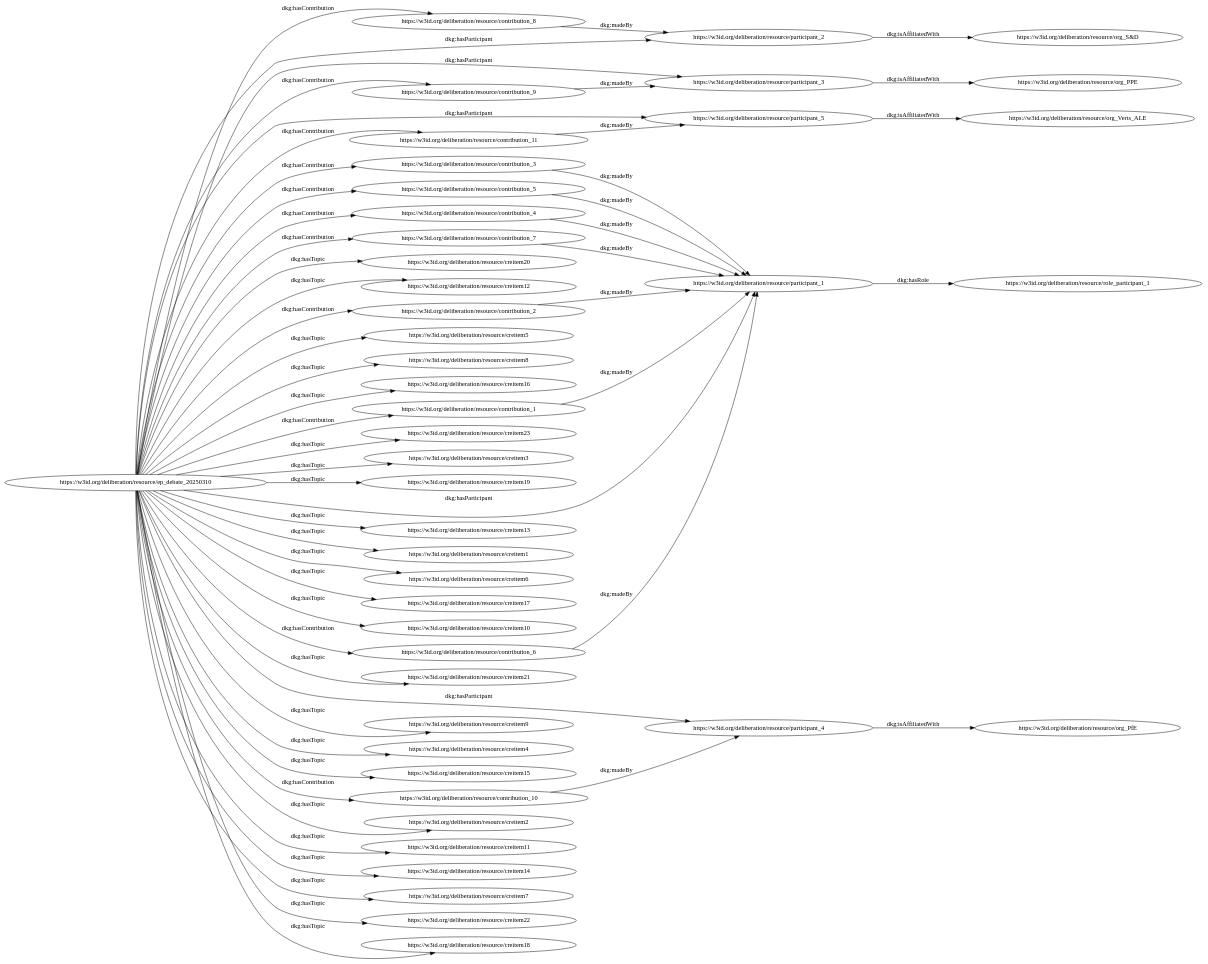
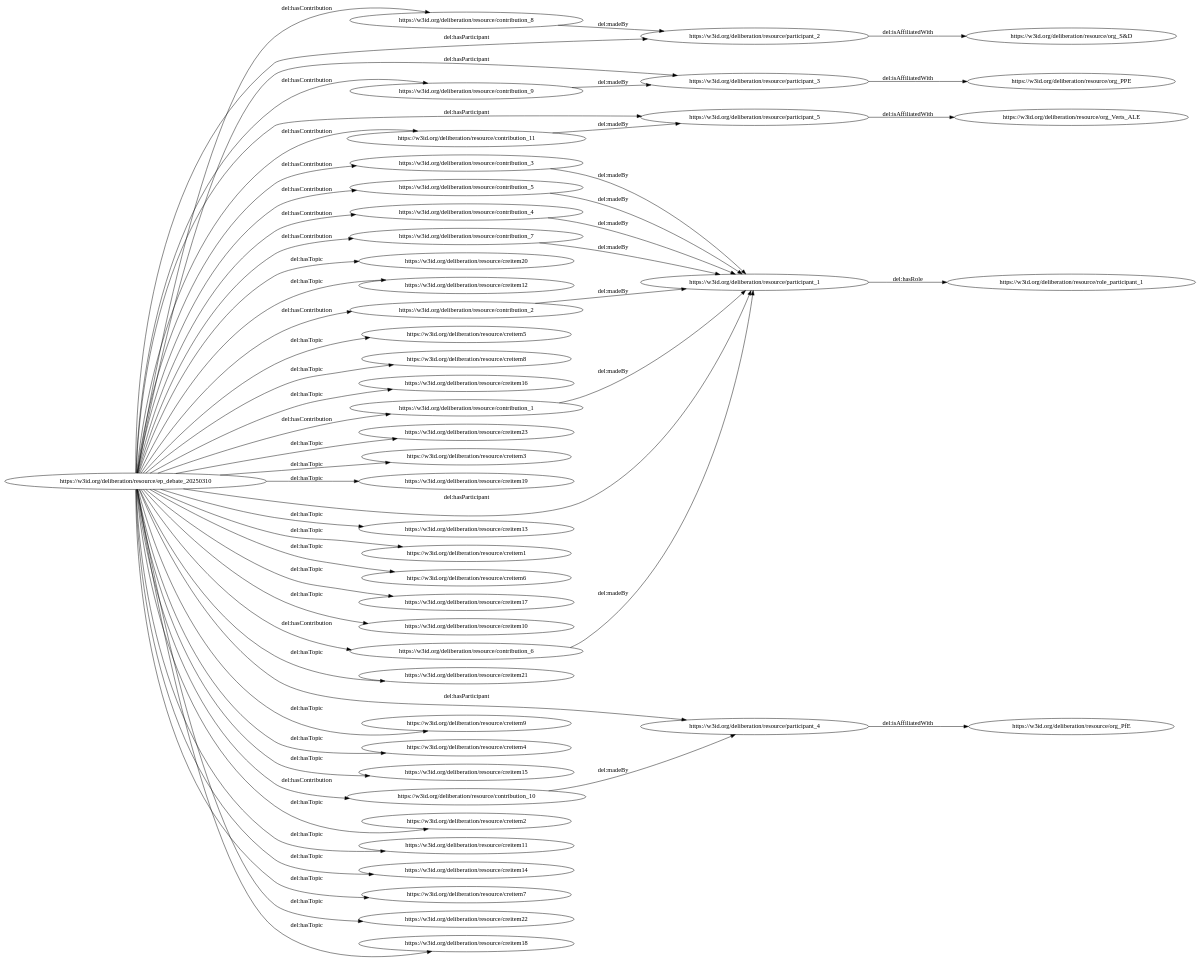
The diagram in OnToology/data/EU_parliament_debates/ep_debates/debate_sample_2025-03-10.rdf/diagrams/ar2dtool-class/debate_sample_2025-03-10.rdf.png.dot (Stocastico96/Deliberation-Knowledge-Graph), drawn with Graphviz before and after one commit. The commit also changed 22 other files, not shown here.

Commit message:
DKG -> DEL

```diff
--- a/OnToology/data/EU_parliament_debates/ep_debates/debate_sample_2025-03-10.rdf/diagrams/ar2dtool-class/debate_sample_2025-03-10.rdf.png.dot
+++ b/OnToology/data/EU_parliament_debates/ep_debates/debate_sample_2025-03-10.rdf/diagrams/ar2dtool-class/debate_sample_2025-03-10.rdf.png.dot
@@ -1,60 +1,60 @@
 digraph ar2dtool_diagram { 
 rankdir=LR;
 size="1501"
-	"https://w3id.org/deliberation/resource/contribution_8" -> "https://w3id.org/deliberation/resource/participant_2" [ label = "dkg:madeBy" ];
-	"https://w3id.org/deliberation/resource/participant_3" -> "https://w3id.org/deliberation/resource/org_PPE" [ label = "dkg:isAffiliatedWith" ];
-	"https://w3id.org/deliberation/resource/contribution_1" -> "https://w3id.org/deliberation/resource/participant_1" [ label = "dkg:madeBy" ];
-	"https://w3id.org/deliberation/resource/contribution_6" -> "https://w3id.org/deliberation/resource/participant_1" [ label = "dkg:madeBy" ];
-	"https://w3id.org/deliberation/resource/contribution_11" -> "https://w3id.org/deliberation/resource/participant_5" [ label = "dkg:madeBy" ];
-	"https://w3id.org/deliberation/resource/participant_1" -> "https://w3id.org/deliberation/resource/role_participant_1" [ label = "dkg:hasRole" ];
-	"https://w3id.org/deliberation/resource/contribution_4" -> "https://w3id.org/deliberation/resource/participant_1" [ label = "dkg:madeBy" ];
-	"https://w3id.org/deliberation/resource/contribution_9" -> "https://w3id.org/deliberation/resource/participant_3" [ label = "dkg:madeBy" ];
-	"https://w3id.org/deliberation/resource/ep_debate_20250310" -> "https://w3id.org/deliberation/resource/creitem20" [ label = "dkg:hasTopic" ];
-	"https://w3id.org/deliberation/resource/ep_debate_20250310" -> "https://w3id.org/deliberation/resource/creitem12" [ label = "dkg:hasTopic" ];
-	"https://w3id.org/deliberation/resource/ep_debate_20250310" -> "https://w3id.org/deliberation/resource/contribution_2" [ label = "dkg:hasContribution" ];
-	"https://w3id.org/deliberation/resource/ep_debate_20250310" -> "https://w3id.org/deliberation/resource/creitem5" [ label = "dkg:hasTopic" ];
-	"https://w3id.org/deliberation/resource/ep_debate_20250310" -> "https://w3id.org/deliberation/resource/creitem8" [ label = "dkg:hasTopic" ];
-	"https://w3id.org/deliberation/resource/ep_debate_20250310" -> "https://w3id.org/deliberation/resource/creitem16" [ label = "dkg:hasTopic" ];
-	"https://w3id.org/deliberation/resource/ep_debate_20250310" -> "https://w3id.org/deliberation/resource/contribution_3" [ label = "dkg:hasContribution" ];
-	"https://w3id.org/deliberation/resource/ep_debate_20250310" -> "https://w3id.org/deliberation/resource/creitem23" [ label = "dkg:hasTopic" ];
-	"https://w3id.org/deliberation/resource/ep_debate_20250310" -> "https://w3id.org/deliberation/resource/creitem3" [ label = "dkg:hasTopic" ];
-	"https://w3id.org/deliberation/resource/ep_debate_20250310" -> "https://w3id.org/deliberation/resource/participant_1" [ label = "dkg:hasParticipant" ];
-	"https://w3id.org/deliberation/resource/ep_debate_20250310" -> "https://w3id.org/deliberation/resource/participant_3" [ label = "dkg:hasParticipant" ];
-	"https://w3id.org/deliberation/resource/ep_debate_20250310" -> "https://w3id.org/deliberation/resource/contribution_4" [ label = "dkg:hasContribution" ];
-	"https://w3id.org/deliberation/resource/ep_debate_20250310" -> "https://w3id.org/deliberation/resource/creitem19" [ label = "dkg:hasTopic" ];
-	"https://w3id.org/deliberation/resource/ep_debate_20250310" -> "https://w3id.org/deliberation/resource/contribution_5" [ label = "dkg:hasContribution" ];
-	"https://w3id.org/deliberation/resource/ep_debate_20250310" -> "https://w3id.org/deliberation/resource/creitem13" [ label = "dkg:hasTopic" ];
-	"https://w3id.org/deliberation/resource/ep_debate_20250310" -> "https://w3id.org/deliberation/resource/creitem1" [ label = "dkg:hasTopic" ];
-	"https://w3id.org/deliberation/resource/ep_debate_20250310" -> "https://w3id.org/deliberation/resource/creitem6" [ label = "dkg:hasTopic" ];
-	"https://w3id.org/deliberation/resource/ep_debate_20250310" -> "https://w3id.org/deliberation/resource/contribution_6" [ label = "dkg:hasContribution" ];
-	"https://w3id.org/deliberation/resource/ep_debate_20250310" -> "https://w3id.org/deliberation/resource/creitem17" [ label = "dkg:hasTopic" ];
-	"https://w3id.org/deliberation/resource/ep_debate_20250310" -> "https://w3id.org/deliberation/resource/creitem10" [ label = "dkg:hasTopic" ];
-	"https://w3id.org/deliberation/resource/ep_debate_20250310" -> "https://w3id.org/deliberation/resource/contribution_10" [ label = "dkg:hasContribution" ];
-	"https://w3id.org/deliberation/resource/ep_debate_20250310" -> "https://w3id.org/deliberation/resource/creitem21" [ label = "dkg:hasTopic" ];
-	"https://w3id.org/deliberation/resource/ep_debate_20250310" -> "https://w3id.org/deliberation/resource/participant_4" [ label = "dkg:hasParticipant" ];
-	"https://w3id.org/deliberation/resource/ep_debate_20250310" -> "https://w3id.org/deliberation/resource/contribution_11" [ label = "dkg:hasContribution" ];
-	"https://w3id.org/deliberation/resource/ep_debate_20250310" -> "https://w3id.org/deliberation/resource/creitem9" [ label = "dkg:hasTopic" ];
-	"https://w3id.org/deliberation/resource/ep_debate_20250310" -> "https://w3id.org/deliberation/resource/creitem4" [ label = "dkg:hasTopic" ];
-	"https://w3id.org/deliberation/resource/ep_debate_20250310" -> "https://w3id.org/deliberation/resource/creitem15" [ label = "dkg:hasTopic" ];
-	"https://w3id.org/deliberation/resource/ep_debate_20250310" -> "https://w3id.org/deliberation/resource/contribution_7" [ label = "dkg:hasContribution" ];
-	"https://w3id.org/deliberation/resource/ep_debate_20250310" -> "https://w3id.org/deliberation/resource/creitem2" [ label = "dkg:hasTopic" ];
-	"https://w3id.org/deliberation/resource/ep_debate_20250310" -> "https://w3id.org/deliberation/resource/contribution_8" [ label = "dkg:hasContribution" ];
-	"https://w3id.org/deliberation/resource/ep_debate_20250310" -> "https://w3id.org/deliberation/resource/participant_2" [ label = "dkg:hasParticipant" ];
-	"https://w3id.org/deliberation/resource/ep_debate_20250310" -> "https://w3id.org/deliberation/resource/creitem11" [ label = "dkg:hasTopic" ];
-	"https://w3id.org/deliberation/resource/ep_debate_20250310" -> "https://w3id.org/deliberation/resource/creitem14" [ label = "dkg:hasTopic" ];
-	"https://w3id.org/deliberation/resource/ep_debate_20250310" -> "https://w3id.org/deliberation/resource/creitem7" [ label = "dkg:hasTopic" ];
-	"https://w3id.org/deliberation/resource/ep_debate_20250310" -> "https://w3id.org/deliberation/resource/participant_5" [ label = "dkg:hasParticipant" ];
-	"https://w3id.org/deliberation/resource/ep_debate_20250310" -> "https://w3id.org/deliberation/resource/contribution_9" [ label = "dkg:hasContribution" ];
-	"https://w3id.org/deliberation/resource/ep_debate_20250310" -> "https://w3id.org/deliberation/resource/creitem22" [ label = "dkg:hasTopic" ];
-	"https://w3id.org/deliberation/resource/ep_debate_20250310" -> "https://w3id.org/deliberation/resource/creitem18" [ label = "dkg:hasTopic" ];
-	"https://w3id.org/deliberation/resource/ep_debate_20250310" -> "https://w3id.org/deliberation/resource/contribution_1" [ label = "dkg:hasContribution" ];
-	"https://w3id.org/deliberation/resource/participant_4" -> "https://w3id.org/deliberation/resource/org_PfE" [ label = "dkg:isAffiliatedWith" ];
-	"https://w3id.org/deliberation/resource/contribution_2" -> "https://w3id.org/deliberation/resource/participant_1" [ label = "dkg:madeBy" ];
-	"https://w3id.org/deliberation/resource/contribution_7" -> "https://w3id.org/deliberation/resource/participant_1" [ label = "dkg:madeBy" ];
-	"https://w3id.org/deliberation/resource/participant_2" -> "https://w3id.org/deliberation/resource/org_S&D" [ label = "dkg:isAffiliatedWith" ];
-	"https://w3id.org/deliberation/resource/contribution_5" -> "https://w3id.org/deliberation/resource/participant_1" [ label = "dkg:madeBy" ];
-	"https://w3id.org/deliberation/resource/contribution_10" -> "https://w3id.org/deliberation/resource/participant_4" [ label = "dkg:madeBy" ];
-	"https://w3id.org/deliberation/resource/participant_5" -> "https://w3id.org/deliberation/resource/org_Verts_ALE" [ label = "dkg:isAffiliatedWith" ];
-	"https://w3id.org/deliberation/resource/contribution_3" -> "https://w3id.org/deliberation/resource/participant_1" [ label = "dkg:madeBy" ];
+	"https://w3id.org/deliberation/resource/contribution_8" -> "https://w3id.org/deliberation/resource/participant_2" [ label = "del:madeBy" ];
+	"https://w3id.org/deliberation/resource/participant_3" -> "https://w3id.org/deliberation/resource/org_PPE" [ label = "del:isAffiliatedWith" ];
+	"https://w3id.org/deliberation/resource/contribution_1" -> "https://w3id.org/deliberation/resource/participant_1" [ label = "del:madeBy" ];
+	"https://w3id.org/deliberation/resource/contribution_6" -> "https://w3id.org/deliberation/resource/participant_1" [ label = "del:madeBy" ];
+	"https://w3id.org/deliberation/resource/contribution_11" -> "https://w3id.org/deliberation/resource/participant_5" [ label = "del:madeBy" ];
+	"https://w3id.org/deliberation/resource/participant_1" -> "https://w3id.org/deliberation/resource/role_participant_1" [ label = "del:hasRole" ];
+	"https://w3id.org/deliberation/resource/contribution_4" -> "https://w3id.org/deliberation/resource/participant_1" [ label = "del:madeBy" ];
+	"https://w3id.org/deliberation/resource/contribution_9" -> "https://w3id.org/deliberation/resource/participant_3" [ label = "del:madeBy" ];
+	"https://w3id.org/deliberation/resource/ep_debate_20250310" -> "https://w3id.org/deliberation/resource/creitem20" [ label = "del:hasTopic" ];
+	"https://w3id.org/deliberation/resource/ep_debate_20250310" -> "https://w3id.org/deliberation/resource/creitem12" [ label = "del:hasTopic" ];
+	"https://w3id.org/deliberation/resource/ep_debate_20250310" -> "https://w3id.org/deliberation/resource/contribution_2" [ label = "del:hasContribution" ];
+	"https://w3id.org/deliberation/resource/ep_debate_20250310" -> "https://w3id.org/deliberation/resource/creitem5" [ label = "del:hasTopic" ];
+	"https://w3id.org/deliberation/resource/ep_debate_20250310" -> "https://w3id.org/deliberation/resource/creitem8" [ label = "del:hasTopic" ];
+	"https://w3id.org/deliberation/resource/ep_debate_20250310" -> "https://w3id.org/deliberation/resource/creitem16" [ label = "del:hasTopic" ];
+	"https://w3id.org/deliberation/resource/ep_debate_20250310" -> "https://w3id.org/deliberation/resource/contribution_3" [ label = "del:hasContribution" ];
+	"https://w3id.org/deliberation/resource/ep_debate_20250310" -> "https://w3id.org/deliberation/resource/creitem23" [ label = "del:hasTopic" ];
+	"https://w3id.org/deliberation/resource/ep_debate_20250310" -> "https://w3id.org/deliberation/resource/creitem3" [ label = "del:hasTopic" ];
+	"https://w3id.org/deliberation/resource/ep_debate_20250310" -> "https://w3id.org/deliberation/resource/participant_1" [ label = "del:hasParticipant" ];
+	"https://w3id.org/deliberation/resource/ep_debate_20250310" -> "https://w3id.org/deliberation/resource/participant_3" [ label = "del:hasParticipant" ];
+	"https://w3id.org/deliberation/resource/ep_debate_20250310" -> "https://w3id.org/deliberation/resource/contribution_4" [ label = "del:hasContribution" ];
+	"https://w3id.org/deliberation/resource/ep_debate_20250310" -> "https://w3id.org/deliberation/resource/creitem19" [ label = "del:hasTopic" ];
+	"https://w3id.org/deliberation/resource/ep_debate_20250310" -> "https://w3id.org/deliberation/resource/contribution_5" [ label = "del:hasContribution" ];
+	"https://w3id.org/deliberation/resource/ep_debate_20250310" -> "https://w3id.org/deliberation/resource/creitem13" [ label = "del:hasTopic" ];
+	"https://w3id.org/deliberation/resource/ep_debate_20250310" -> "https://w3id.org/deliberation/resource/creitem1" [ label = "del:hasTopic" ];
+	"https://w3id.org/deliberation/resource/ep_debate_20250310" -> "https://w3id.org/deliberation/resource/creitem6" [ label = "del:hasTopic" ];
+	"https://w3id.org/deliberation/resource/ep_debate_20250310" -> "https://w3id.org/deliberation/resource/contribution_6" [ label = "del:hasContribution" ];
+	"https://w3id.org/deliberation/resource/ep_debate_20250310" -> "https://w3id.org/deliberation/resource/creitem17" [ label = "del:hasTopic" ];
+	"https://w3id.org/deliberation/resource/ep_debate_20250310" -> "https://w3id.org/deliberation/resource/creitem10" [ label = "del:hasTopic" ];
+	"https://w3id.org/deliberation/resource/ep_debate_20250310" -> "https://w3id.org/deliberation/resource/contribution_10" [ label = "del:hasContribution" ];
+	"https://w3id.org/deliberation/resource/ep_debate_20250310" -> "https://w3id.org/deliberation/resource/creitem21" [ label = "del:hasTopic" ];
+	"https://w3id.org/deliberation/resource/ep_debate_20250310" -> "https://w3id.org/deliberation/resource/participant_4" [ label = "del:hasParticipant" ];
+	"https://w3id.org/deliberation/resource/ep_debate_20250310" -> "https://w3id.org/deliberation/resource/contribution_11" [ label = "del:hasContribution" ];
+	"https://w3id.org/deliberation/resource/ep_debate_20250310" -> "https://w3id.org/deliberation/resource/creitem9" [ label = "del:hasTopic" ];
+	"https://w3id.org/deliberation/resource/ep_debate_20250310" -> "https://w3id.org/deliberation/resource/creitem4" [ label = "del:hasTopic" ];
+	"https://w3id.org/deliberation/resource/ep_debate_20250310" -> "https://w3id.org/deliberation/resource/creitem15" [ label = "del:hasTopic" ];
+	"https://w3id.org/deliberation/resource/ep_debate_20250310" -> "https://w3id.org/deliberation/resource/contribution_7" [ label = "del:hasContribution" ];
+	"https://w3id.org/deliberation/resource/ep_debate_20250310" -> "https://w3id.org/deliberation/resource/creitem2" [ label = "del:hasTopic" ];
+	"https://w3id.org/deliberation/resource/ep_debate_20250310" -> "https://w3id.org/deliberation/resource/contribution_8" [ label = "del:hasContribution" ];
+	"https://w3id.org/deliberation/resource/ep_debate_20250310" -> "https://w3id.org/deliberation/resource/participant_2" [ label = "del:hasParticipant" ];
+	"https://w3id.org/deliberation/resource/ep_debate_20250310" -> "https://w3id.org/deliberation/resource/creitem11" [ label = "del:hasTopic" ];
+	"https://w3id.org/deliberation/resource/ep_debate_20250310" -> "https://w3id.org/deliberation/resource/creitem14" [ label = "del:hasTopic" ];
+	"https://w3id.org/deliberation/resource/ep_debate_20250310" -> "https://w3id.org/deliberation/resource/creitem7" [ label = "del:hasTopic" ];
+	"https://w3id.org/deliberation/resource/ep_debate_20250310" -> "https://w3id.org/deliberation/resource/participant_5" [ label = "del:hasParticipant" ];
+	"https://w3id.org/deliberation/resource/ep_debate_20250310" -> "https://w3id.org/deliberation/resource/contribution_9" [ label = "del:hasContribution" ];
+	"https://w3id.org/deliberation/resource/ep_debate_20250310" -> "https://w3id.org/deliberation/resource/creitem22" [ label = "del:hasTopic" ];
+	"https://w3id.org/deliberation/resource/ep_debate_20250310" -> "https://w3id.org/deliberation/resource/creitem18" [ label = "del:hasTopic" ];
+	"https://w3id.org/deliberation/resource/ep_debate_20250310" -> "https://w3id.org/deliberation/resource/contribution_1" [ label = "del:hasContribution" ];
+	"https://w3id.org/deliberation/resource/participant_4" -> "https://w3id.org/deliberation/resource/org_PfE" [ label = "del:isAffiliatedWith" ];
+	"https://w3id.org/deliberation/resource/contribution_2" -> "https://w3id.org/deliberation/resource/participant_1" [ label = "del:madeBy" ];
+	"https://w3id.org/deliberation/resource/contribution_7" -> "https://w3id.org/deliberation/resource/participant_1" [ label = "del:madeBy" ];
+	"https://w3id.org/deliberation/resource/participant_2" -> "https://w3id.org/deliberation/resource/org_S&D" [ label = "del:isAffiliatedWith" ];
+	"https://w3id.org/deliberation/resource/contribution_5" -> "https://w3id.org/deliberation/resource/participant_1" [ label = "del:madeBy" ];
+	"https://w3id.org/deliberation/resource/contribution_10" -> "https://w3id.org/deliberation/resource/participant_4" [ label = "del:madeBy" ];
+	"https://w3id.org/deliberation/resource/participant_5" -> "https://w3id.org/deliberation/resource/org_Verts_ALE" [ label = "del:isAffiliatedWith" ];
+	"https://w3id.org/deliberation/resource/contribution_3" -> "https://w3id.org/deliberation/resource/participant_1" [ label = "del:madeBy" ];
 
 }
```
